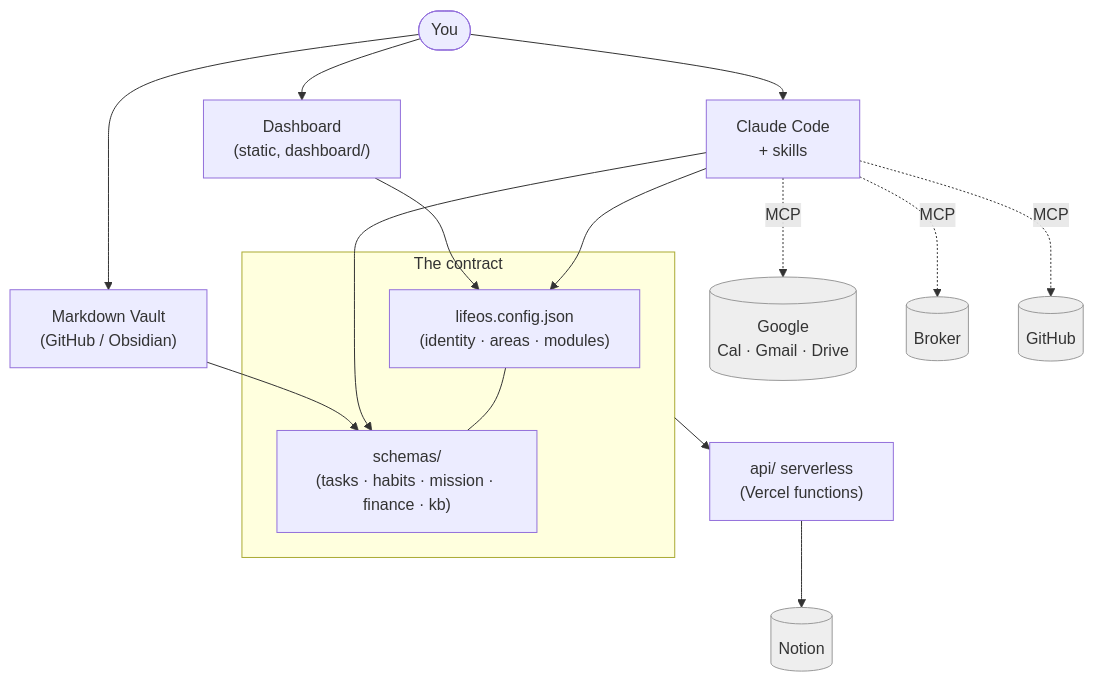
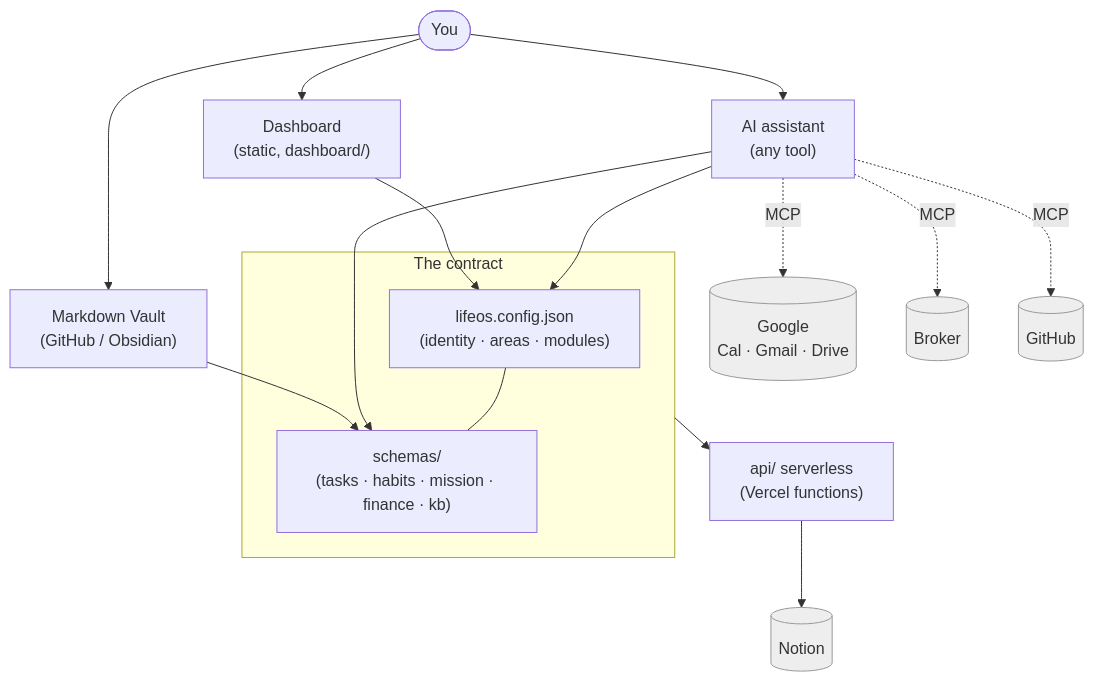
One commit to siddath/lifeOS changed the diagram in docs/ARCHITECTURE.md. Above: the diagram before and after it, drawn with Mermaid. The commit also changed other lines of this file and 17 other files, not shown here.

````diff
--- a/docs/ARCHITECTURE.md
+++ b/docs/ARCHITECTURE.md
@@ -39,30 +39,30 @@
 ```mermaid
 flowchart TD
     You([You])
 
     You --> Dash["Dashboard<br/>(static, dashboard/)"]
     You --> Vault["Markdown Vault<br/>(GitHub / Obsidian)"]
-    You --> Claude["Claude Code<br/>+ skills"]
+    You --> Claude["AI assistant<br/>(any tool)"]
 
     subgraph Contract["The contract"]
         Config["lifeos.config.json<br/>(identity · areas · modules)"]
         Schemas["schemas/<br/>(tasks · habits · mission · finance · kb)"]
     end
 
     Dash --> Config
     Vault --> Schemas
     Claude --> Config
     Claude --> Schemas
     Config --- Schemas
 
     Contract --> API["api/ serverless<br/>(Vercel functions)"]
     API --> Notion[("Notion")]
 
     %% Optional MCP connectors
     Claude -. MCP .-> Google[("Google<br/>Cal · Gmail · Drive")]
     Claude -. MCP .-> Broker[("Broker")]
     Claude -. MCP .-> GitHub[("GitHub")]
 
     classDef store fill:#eee,stroke:#999,stroke-width:1px;
     class Notion,Google,Broker,GitHub store;
 ```
````
